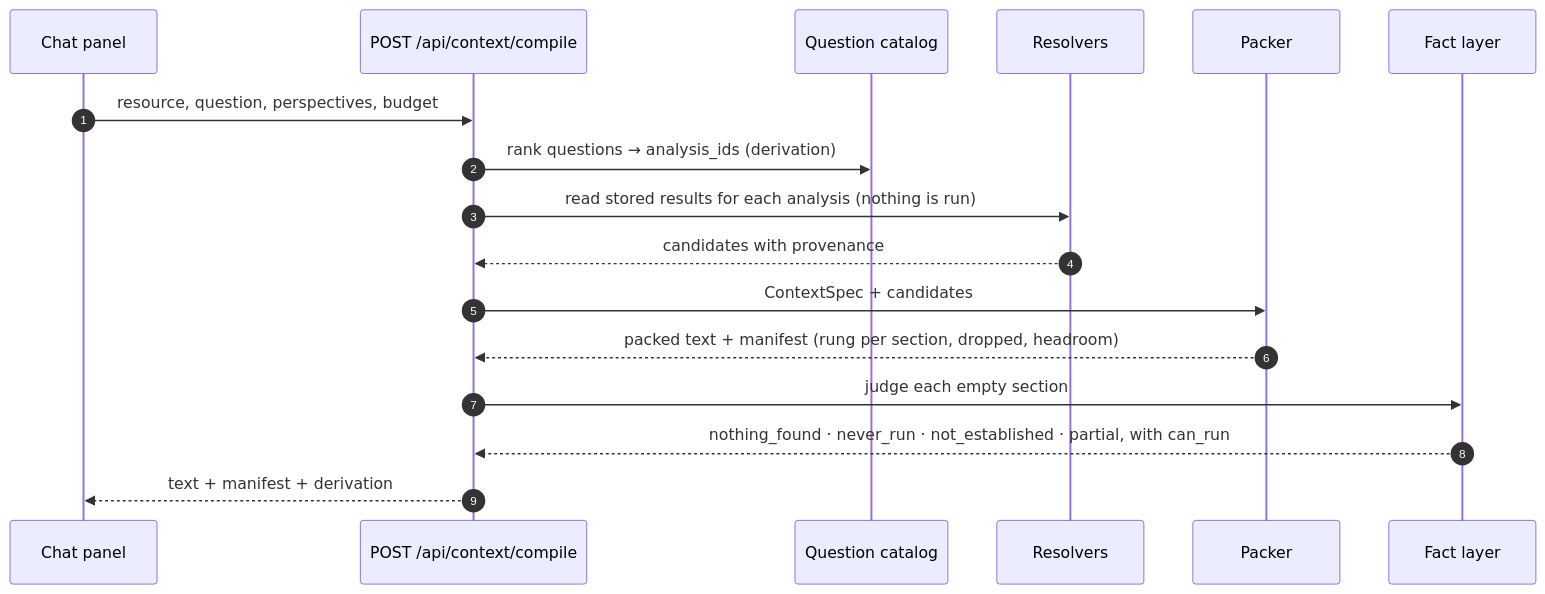
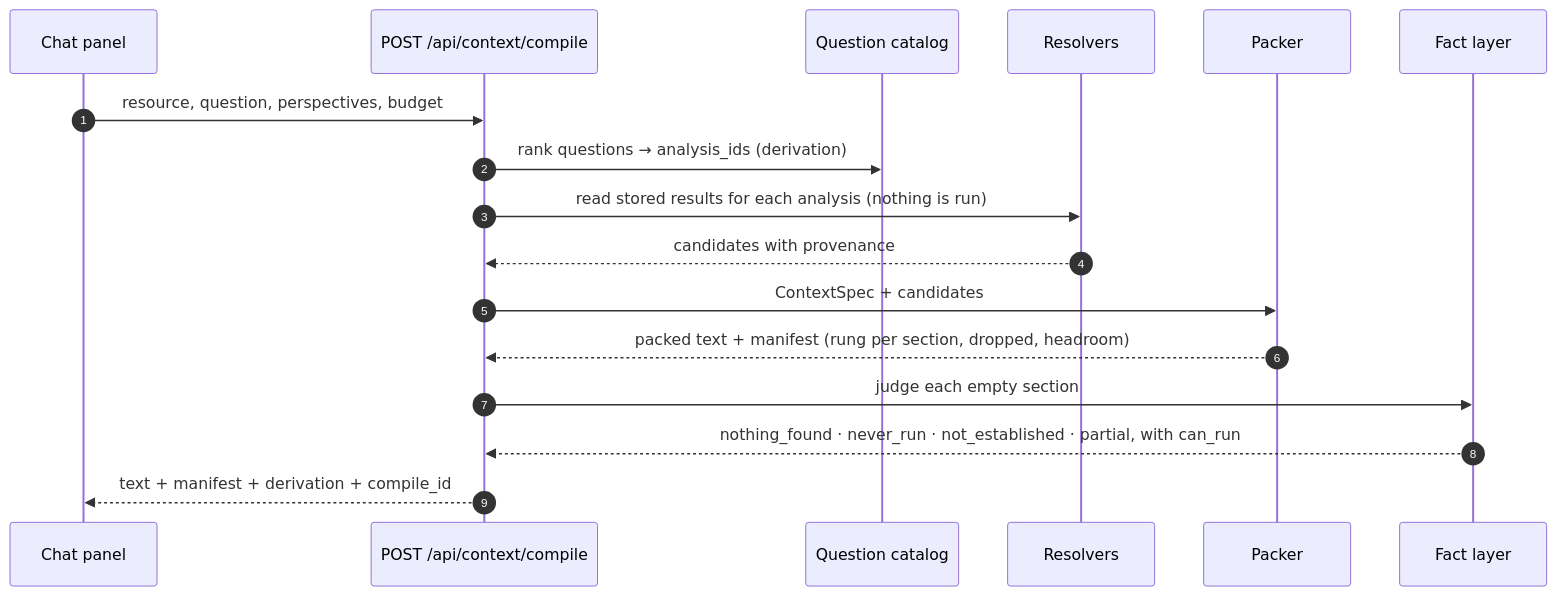
Before and after one commit to dwolfson/trellis: the seventh of 10 diagrams in docs/context-compilation-brief.md, drawn with Mermaid. The commit also changed other lines of this file, not shown here.

````diff
--- a/docs/context-compilation-brief.md
+++ b/docs/context-compilation-brief.md
@@ -125,19 +269,19 @@
 ```mermaid
 sequenceDiagram
   autonumber
   participant U as Chat panel
   participant API as POST /api/context/compile
   participant D as Question catalog
   participant R as Resolvers
   participant P as Packer
   participant F as Fact layer
   U->>API: resource, question, perspectives, budget
   API->>D: rank questions → analysis_ids (derivation)
   API->>R: read stored results for each analysis (nothing is run)
   R-->>API: candidates with provenance
   API->>P: ContextSpec + candidates
   P-->>API: packed text + manifest (rung per section, dropped, headroom)
   API->>F: judge each empty section
   F-->>API: nothing_found · never_run · not_established · partial, with can_run
-  API-->>U: text + manifest + derivation
+  API-->>U: text + manifest + derivation + compile_id
 ```
````
